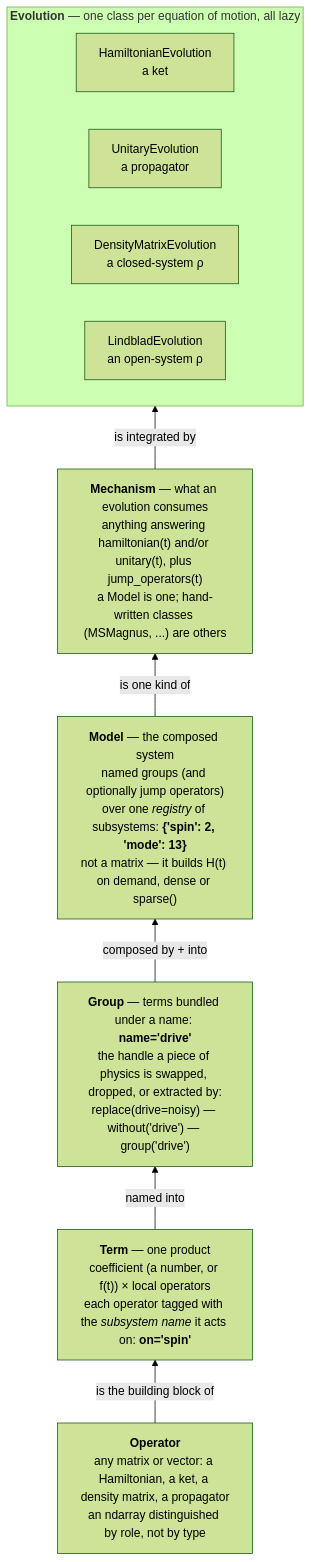
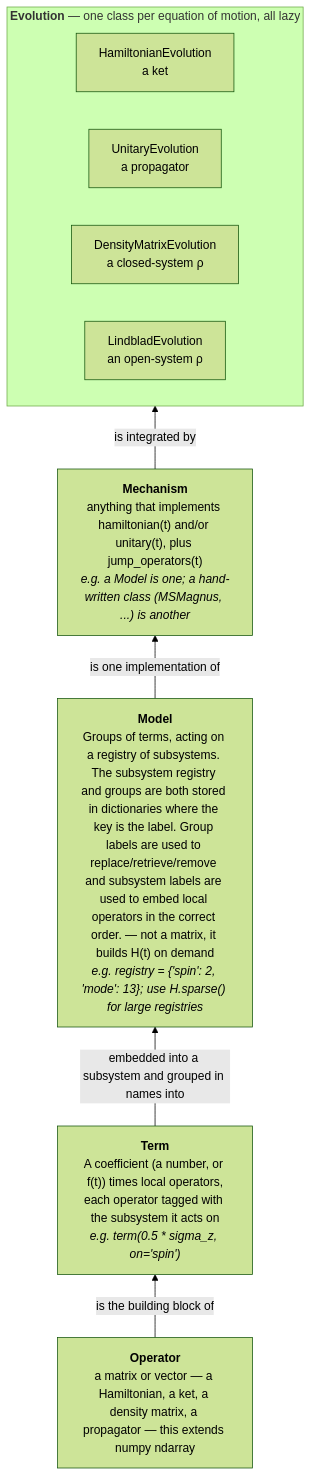
One commit to bharraz/htdse changed the diagram in README.md. Above: the diagram before and after it, drawn with Mermaid (forest theme). The commit also changed other lines of this file, not shown here.

````diff
--- a/README.md
+++ b/README.md
@@ -53,27 +53,24 @@
 ```mermaid
 %%{init: {"flowchart": {"rankSpacing": 60, "nodeSpacing": 50}}}%%
 flowchart BT
-    OP["<b>Operator</b><br/>any matrix or vector: a Hamiltonian, a ket, a density matrix, a propagator<br/>an ndarray distinguished by role, not by type"]
+    OP["<b>Operator</b><br/>a matrix or vector — a Hamiltonian, a ket, a density matrix, a propagator — this extends numpy ndarray"]
 
-    TERM["<b>Term</b> — one product<br/>coefficient (a number, or f(t)) × local operators<br/>each operator tagged with the <i>subsystem name</i> it acts on: <b>on='spin'</b>"]
+    TERM["<b>Term</b><br/>A coefficient (a number, or f(t)) times local operators,<br/>each operator tagged with the subsystem it acts on<br/><i>e.g. term(0.5 * sigma_z, on='spin')</i>"]
 
-    GROUP["<b>Group</b> — terms bundled under a name: <b>name='drive'</b><br/>the handle a piece of physics is swapped, dropped, or extracted by:<br/>replace(drive=noisy) — without('drive') — group('drive')"]
+    MODEL["<b>Model</b><br/>Groups of terms, acting on a registry of subsystems. The subsystem registry and groups are both stored in dictionaries where the key is the label. Group labels are used to replace/retrieve/remove and subsystem labels are used to embed local operators in the correct order. — not a matrix, it builds H(t) on demand<br/><i>e.g. registry = {'spin': 2, 'mode': 13}; use H.sparse() for large registries</i>"]
 
-    MODEL["<b>Model</b> — the composed system<br/>named groups (and optionally jump operators)<br/>over one <i>registry</i> of subsystems: <b>{'spin': 2, 'mode': 13}</b><br/>not a matrix — it builds H(t) on demand, dense or sparse()"]
-
-    MECH["<b>Mechanism</b> — what an evolution consumes<br/>anything answering hamiltonian(t) and/or unitary(t), plus jump_operators(t)<br/>a Model is one; hand-written classes (MSMagnus, ...) are others"]
+    MECH["<b>Mechanism</b><br/>anything that implements hamiltonian(t) and/or unitary(t), plus jump_operators(t)<br/><i>e.g. a Model is one; a hand-written class (MSMagnus, ...) is another</i>"]
 
     subgraph EVO["<b>Evolution</b> — one class per equation of motion, all lazy"]
         direction LR
         E1["HamiltonianEvolution<br/>a ket"]
         E2["UnitaryEvolution<br/>a propagator"]
         E3["DensityMatrixEvolution<br/>a closed-system ρ"]
         E4["LindbladEvolution<br/>an open-system ρ"]
     end
 
     OP -- "is the building block of" --> TERM
-    TERM -- "named into" --> GROUP
-    GROUP -- "composed by + into" --> MODEL
-    MODEL -- "is one kind of" --> MECH
+    TERM -- "embedded into a subsystem and grouped in names into" --> MODEL
+    MODEL -- "is one implementation of" --> MECH
     MECH -- "is integrated by" --> EVO
 ```
````
